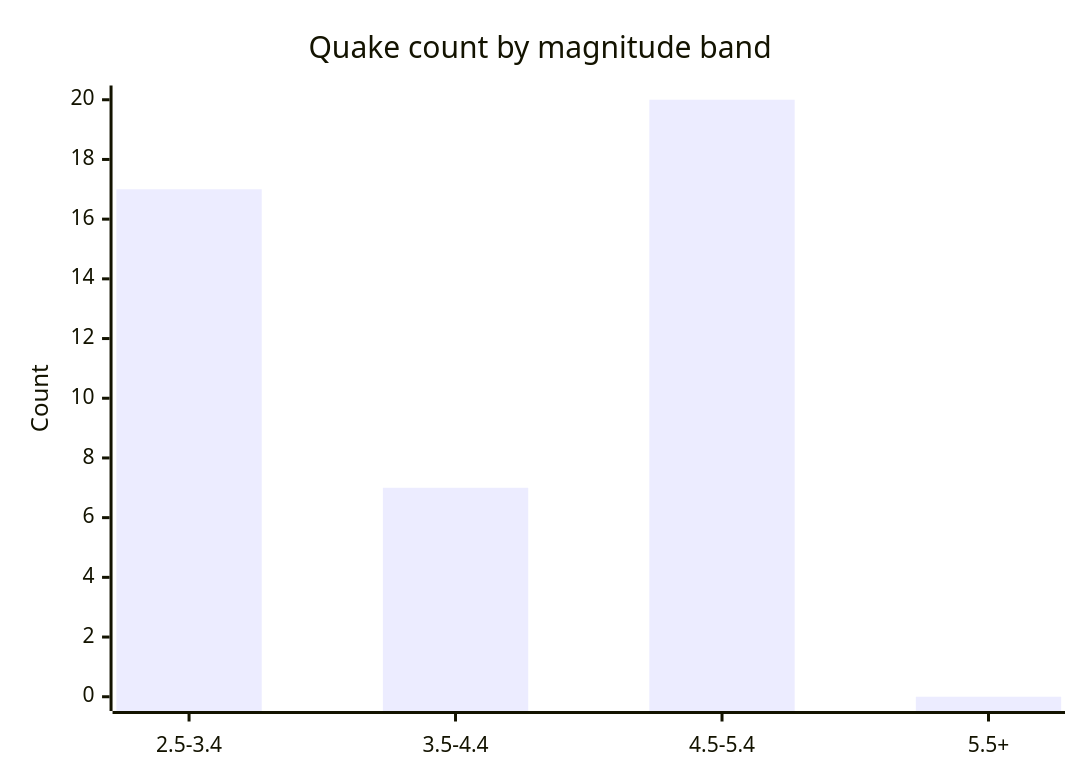
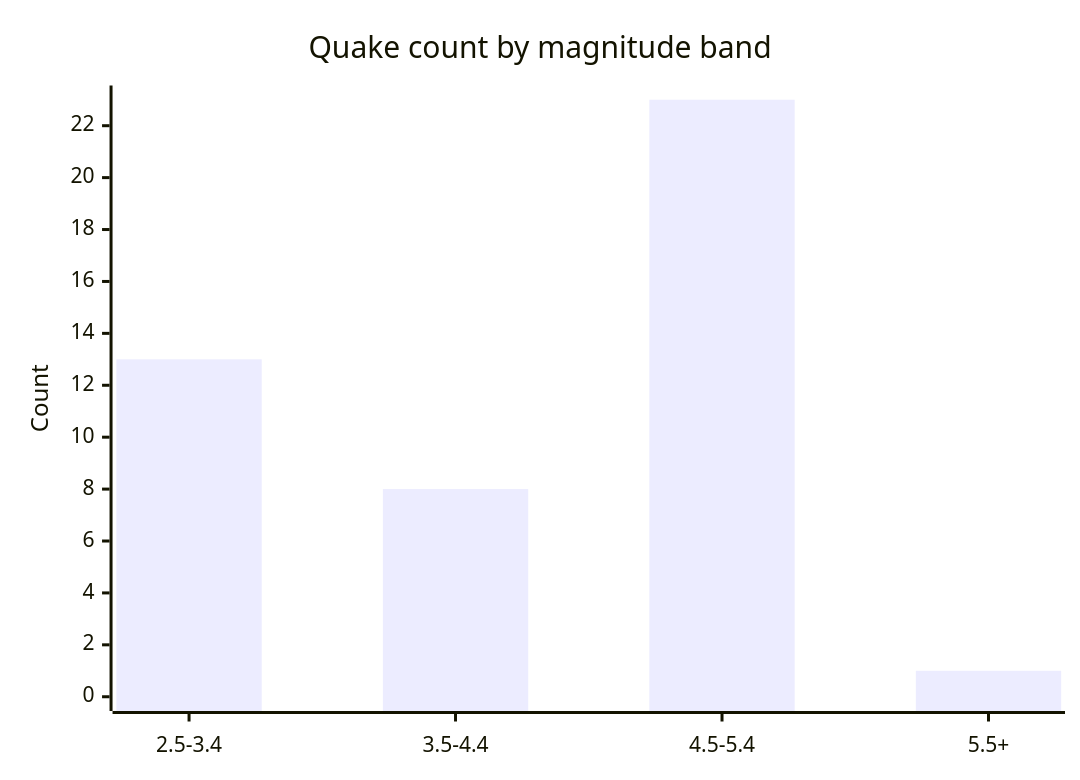
One commit to Midwest-Stratospheric/aerostratospheric-defense-gir changed the fifth of 6 diagrams in docs/GRAPHS.md. Above: the diagram before and after it, drawn with Mermaid. The commit also changed other lines of this file and 25 other files, not shown here.

````diff
--- a/docs/GRAPHS.md
+++ b/docs/GRAPHS.md
@@ -82,7 +82,7 @@
 ```mermaid
 xychart-beta
   title "Quake count by magnitude band"
   x-axis ["2.5-3.4", "3.5-4.4", "4.5-5.4", "5.5+"]
-  y-axis "Count" 0 --> 20
-  bar [17, 7, 20, 0]
+  y-axis "Count" 0 --> 23
+  bar [13, 8, 23, 1]
 ```
````
